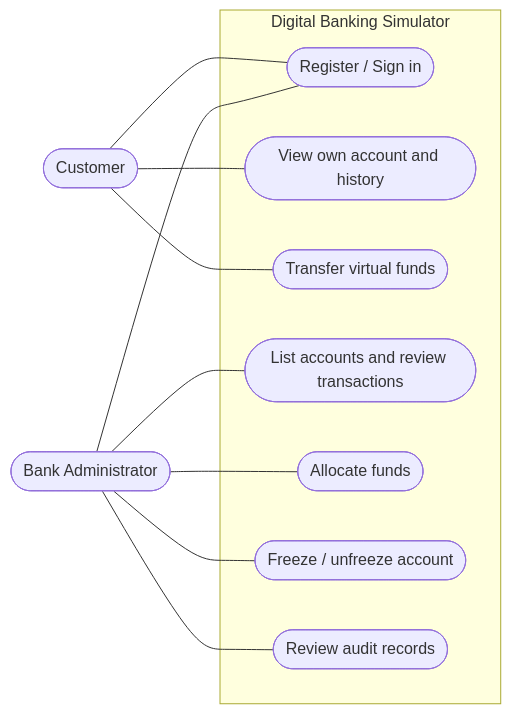
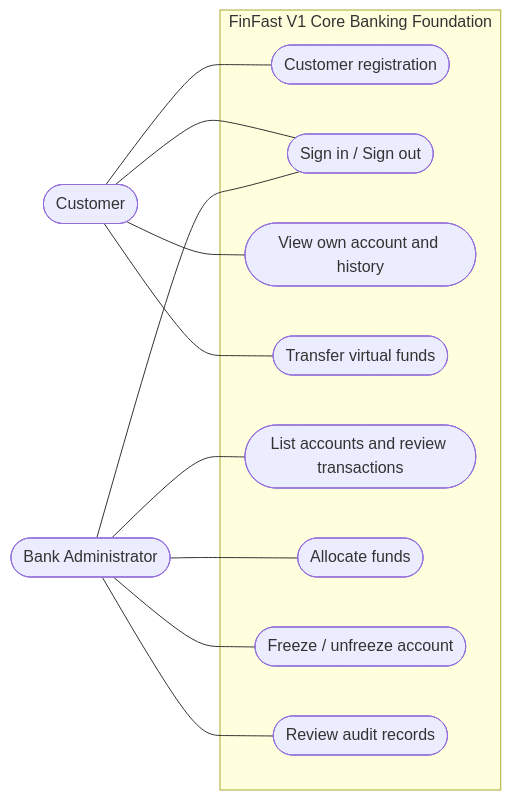
One commit to nvawntien/finfast changed the diagram in docs/03-actors.md. Above: the diagram before and after it, drawn with Mermaid. The commit also changed other lines of this file and 7 other files, not shown here.

````diff
--- a/docs/03-actors.md
+++ b/docs/03-actors.md
@@ -72,22 +74,24 @@
 ```mermaid
 flowchart LR
     C([Customer])
     A([Bank Administrator])
-    subgraph S[Digital Banking Simulator]
-        R([Register / Sign in])
+    subgraph S[FinFast V1 Core Banking Foundation]
+        R([Customer registration])
+        L([Sign in / Sign out])
         V([View own account and history])
         T([Transfer virtual funds])
         M([List accounts and review transactions])
         F([Allocate funds])
         Z([Freeze / unfreeze account])
         U([Review audit records])
     end
     C --- R
+    C --- L
     C --- V
     C --- T
-    A --- R
+    A --- L
     A --- M
     A --- F
     A --- Z
     A --- U
 ```
````
